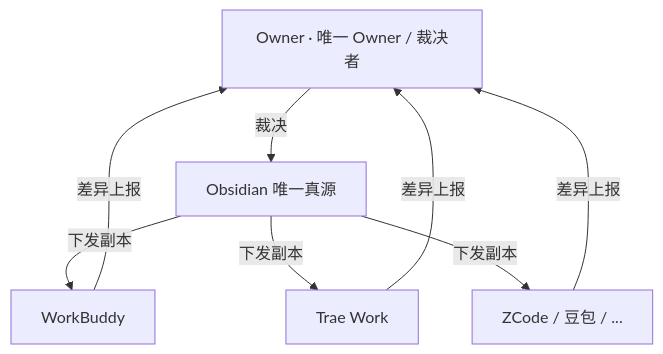
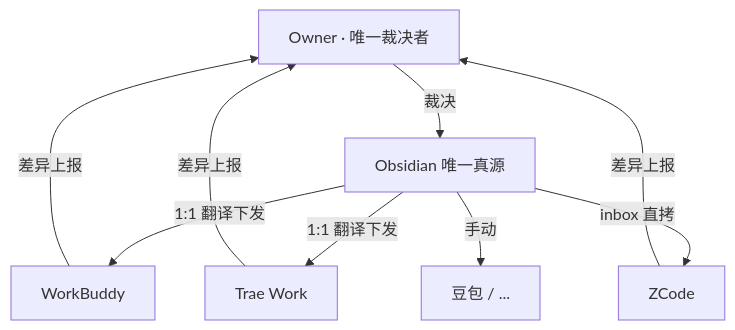
Before and after one commit to wolfjkd/AgentUnify: the diagram in README.md, drawn with Mermaid. The commit also changed other lines of this file and 6 other files, not shown here.

````diff
--- a/README.md
+++ b/README.md
@@ -13,15 +18,17 @@
 ```mermaid
 flowchart TD
-    Boss[Owner · 唯一 Owner / 裁决者]
+    Owner[Owner · 唯一裁决者]
     OB[Obsidian 唯一真源]
     WB[WorkBuddy]
     Trae[Trae Work]
-    ZC[ZCode / 豆包 / ...]
-    WB -->|差异上报| Boss
-    Trae -->|差异上报| Boss
-    ZC -->|差异上报| Boss
-    Boss -->|裁决| OB
-    OB -->|下发副本| WB
-    OB -->|下发副本| Trae
-    OB -->|下发副本| ZC
+    ZC[ZCode]
+    DB[豆包 / ...]
+    WB -->|差异上报| Owner
+    Trae -->|差异上报| Owner
+    ZC -->|差异上报| Owner
+    Owner -->|裁决| OB
+    OB -->|1:1 翻译下发| WB
+    OB -->|1:1 翻译下发| Trae
+    OB -->|inbox 直拷| ZC
+    OB -->|手动| DB
 ```
````
